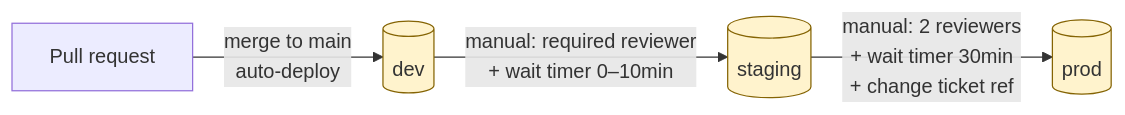
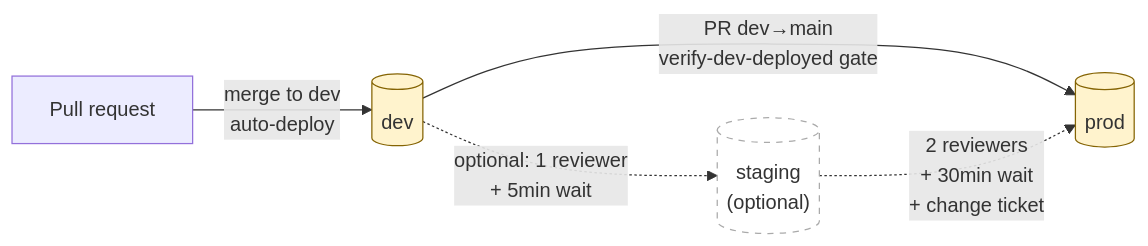
Before and after one commit to MyAlterLego/triarch-dev: the second of 8 diagrams in public/ci-cd/SMB-CICD-Framework.md, drawn with Mermaid. The commit also changed other lines of this file and 6 other files, not shown here.

First line of the commit message:
v2.11.20: reframe staging as optional throughout CI/CD docs [hotfix-bypass-dev] (#66)

````diff
--- a/public/ci-cd/SMB-CICD-Framework.md
+++ b/public/ci-cd/SMB-CICD-Framework.md
@@ -101,14 +110,17 @@
 ```mermaid
 flowchart LR
     PR[Pull request]
     Dev[(dev)]
-    Stg[(staging)]
+    Stg[("staging<br/>(optional)")]
     Prd[(prod)]
 
-    PR -->|merge to main<br/>auto-deploy| Dev
-    Dev -->|"manual: required reviewer<br/>+ wait timer 0–10min"| Stg
-    Stg -->|"manual: 2 reviewers<br/>+ wait timer 30min<br/>+ change ticket ref"| Prd
+    PR -->|merge to dev<br/>auto-deploy| Dev
+    Dev -.->|"optional: 1 reviewer<br/>+ 5min wait"| Stg
+    Dev -->|"PR dev→main<br/>verify-dev-deployed gate"| Prd
+    Stg -.->|"2 reviewers<br/>+ 30min wait<br/>+ change ticket"| Prd
 
     classDef gate fill:#fff3cd,stroke:#856404
-    class Dev,Stg,Prd gate
+    classDef optional fill:#fff,stroke:#aaa,stroke-dasharray:5 5
+    class Dev,Prd gate
+    class Stg optional
 ```
````
